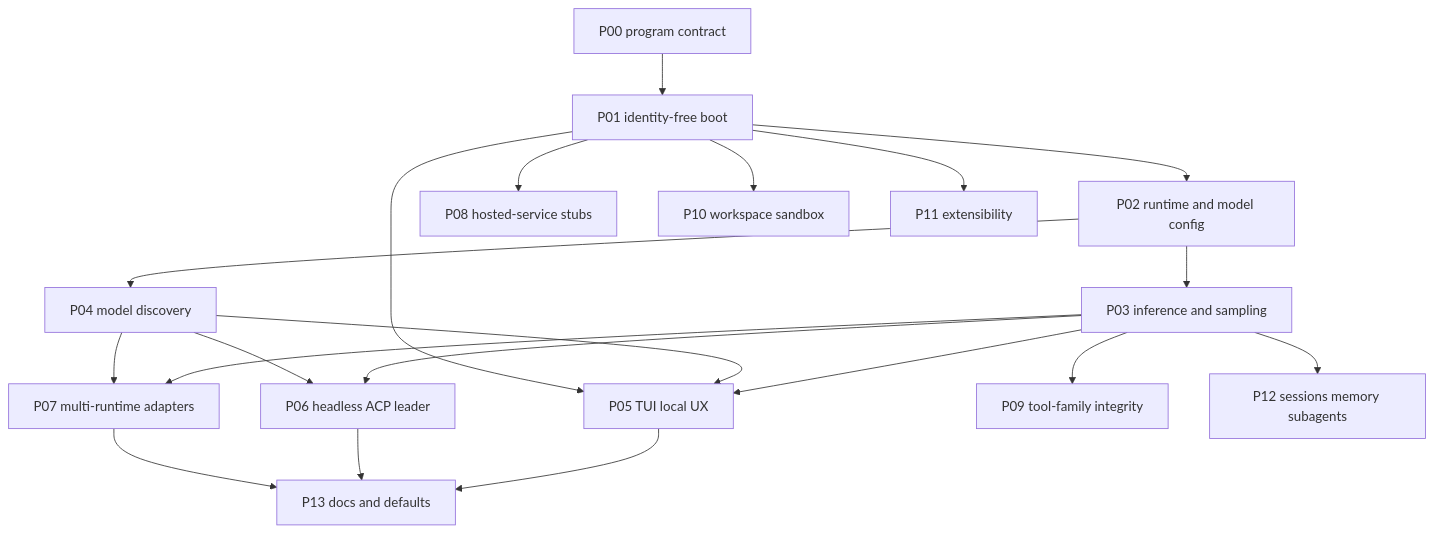
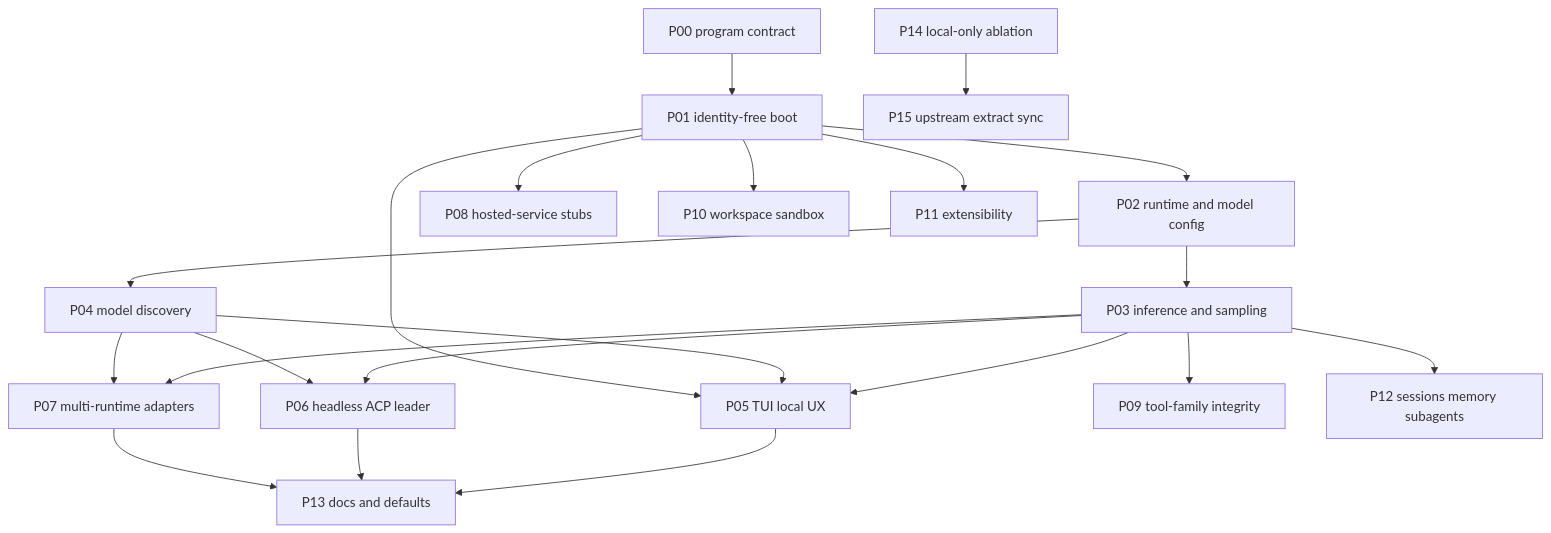
One commit to christopherwolf1/grok-build-local changed the diagram in phases/README.md. Above: the diagram before and after it, drawn with Mermaid. The commit also changed other lines of this file and 8 other files, not shown here.

First line of the commit message:
P15: record extract sync and keep local-first envelope

````diff
--- a/phases/README.md
+++ b/phases/README.md
@@ -28,37 +29,40 @@
 ```mermaid
 flowchart TD
   P00[P00 program contract]
   P01[P01 identity-free boot]
   P02[P02 runtime and model config]
   P03[P03 inference and sampling]
   P04[P04 model discovery]
   P05[P05 TUI local UX]
   P06[P06 headless ACP leader]
   P07[P07 multi-runtime adapters]
   P08[P08 hosted-service stubs]
   P09[P09 tool-family integrity]
   P10[P10 workspace sandbox]
   P11[P11 extensibility]
   P12[P12 sessions memory subagents]
   P13[P13 docs and defaults]
+  P14[P14 local-only ablation]
+  P15[P15 upstream extract sync]
 
   P00 --> P01
   P01 --> P02
   P01 --> P08
   P01 --> P10
   P01 --> P11
   P02 --> P03
   P02 --> P04
   P03 --> P05
   P04 --> P05
   P01 --> P05
   P03 --> P06
   P04 --> P06
   P03 --> P07
   P04 --> P07
   P03 --> P09
   P03 --> P12
   P05 --> P13
   P06 --> P13
   P07 --> P13
+  P14 --> P15
 ```
````
